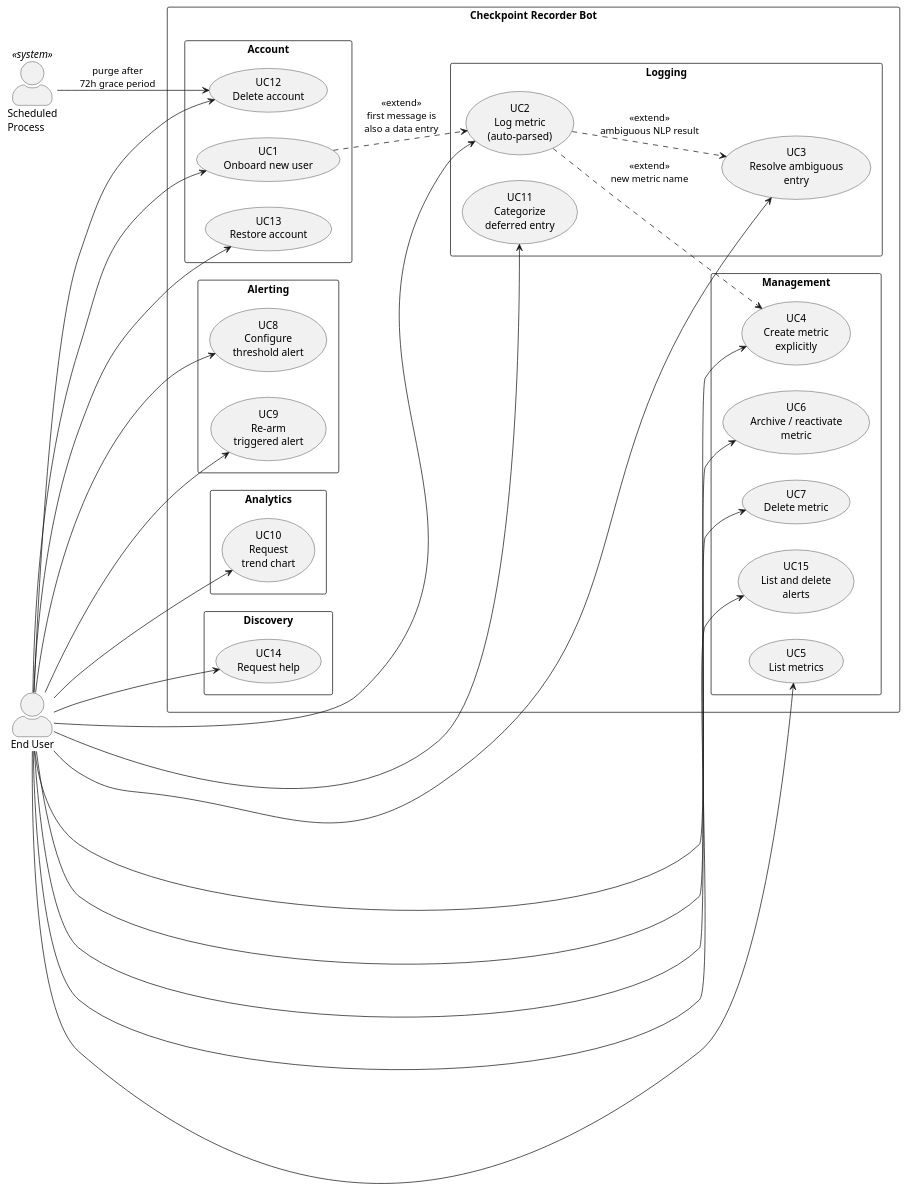
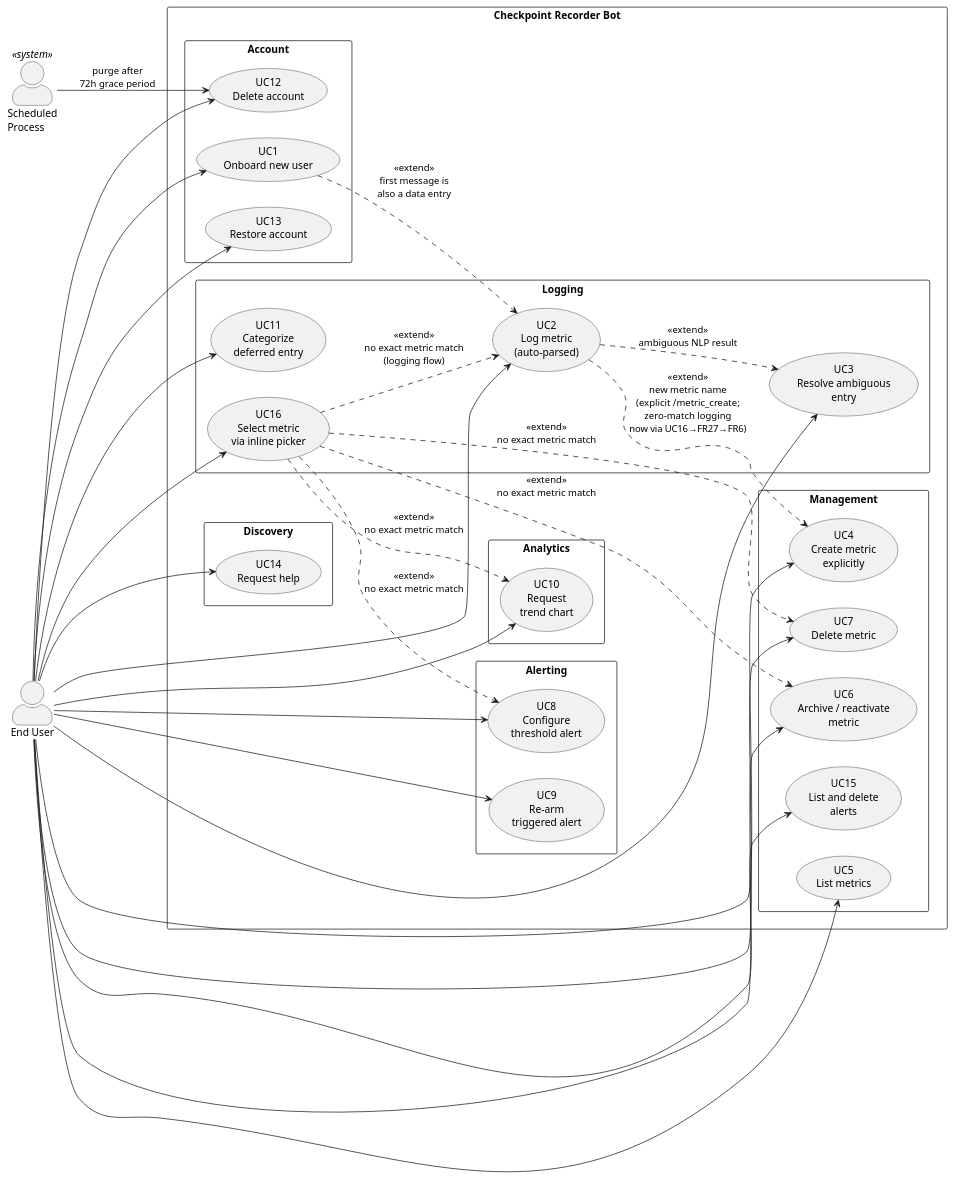
One commit to OpochanskyAlex/checkpoint_recorder changed the diagram in docs/system/use-case-diagram.puml. Above: the diagram before and after it, drawn with PlantUML. The commit also changed 22 other files, not shown here.

Commit message:
feat-smart-metric-picker requirements and design and plan added

```diff
--- a/docs/system/use-case-diagram.puml
+++ b/docs/system/use-case-diagram.puml
@@ -1,70 +1,79 @@
 @startuml checkpoint_recorder_use_cases
 left to right direction
 skinparam packageStyle rectangle
 skinparam actorStyle awesome
 
 actor "End User" as User
 actor "Scheduled\nProcess" as Sched <<system>>
 
 rectangle "Checkpoint Recorder Bot" {
 
   package "Account" {
     usecase "UC1\nOnboard new user" as UC1
     usecase "UC12\nDelete account" as UC12
     usecase "UC13\nRestore account" as UC13
   }
 
   package "Logging" {
     usecase "UC2\nLog metric\n(auto-parsed)" as UC2
     usecase "UC3\nResolve ambiguous\nentry" as UC3
     usecase "UC11\nCategorize\ndeferred entry" as UC11
+    usecase "UC16\nSelect metric\nvia inline picker" as UC16
   }
 
   package "Management" {
     usecase "UC4\nCreate metric\nexplicitly" as UC4
     usecase "UC5\nList metrics" as UC5
     usecase "UC6\nArchive / reactivate\nmetric" as UC6
     usecase "UC7\nDelete metric" as UC7
     usecase "UC15\nList and delete\nalerts" as UC15
   }
 
   package "Alerting" {
     usecase "UC8\nConfigure\nthreshold alert" as UC8
     usecase "UC9\nRe-arm\ntriggered alert" as UC9
   }
 
   package "Analytics" {
     usecase "UC10\nRequest\ntrend chart" as UC10
   }
 
   package "Discovery" {
     usecase "UC14\nRequest help" as UC14
   }
 }
 
 ' End User interactions
 User --> UC1
 User --> UC2
 User --> UC3
 User --> UC4
 User --> UC5
 User --> UC6
 User --> UC7
 User --> UC8
 User --> UC9
 User --> UC10
 User --> UC11
 User --> UC12
 User --> UC13
 User --> UC14
 User --> UC15
+User --> UC16
 
 ' Scheduled Process interactions
 Sched --> UC12 : purge after\n72h grace period
 
 ' Key extends
 UC2 ..> UC3 : <<extend>>\nambiguous NLP result
-UC2 ..> UC4 : <<extend>>\nnew metric name
+UC2 ..> UC4 : <<extend>>\nnew metric name\n(explicit /metric_create;\nzero-match logging\nnow via UC16→FR27→FR6)
 UC1 ..> UC2 : <<extend>>\nfirst message is\nalso a data entry
 
+' UC16 extends (smart-metric-picker)
+UC16 ..> UC2 : <<extend>>\nno exact metric match\n(logging flow)
+UC16 ..> UC6 : <<extend>>\nno exact metric match
+UC16 ..> UC7 : <<extend>>\nno exact metric match
+UC16 ..> UC8 : <<extend>>\nno exact metric match
+UC16 ..> UC10 : <<extend>>\nno exact metric match
+
 @enduml
```
